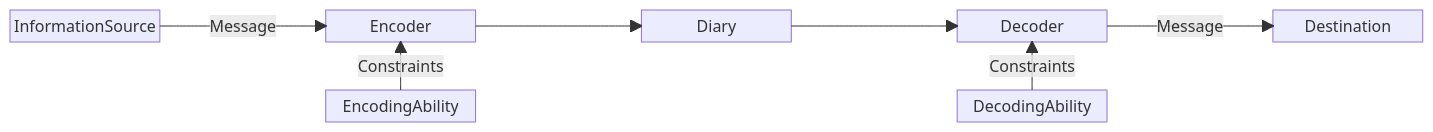
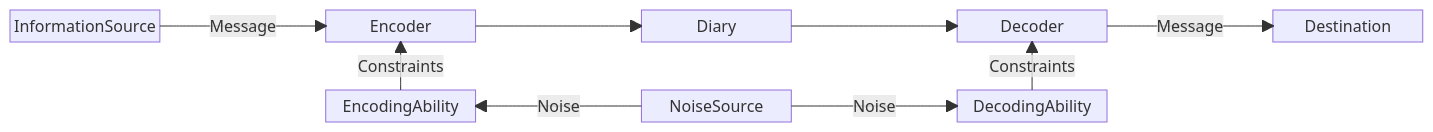
Before and after one commit to serioustomo/MadonoCommunicationProtocol: the diagram in README.md, drawn with Mermaid. The commit also changed other lines of this file, not shown here.

````diff
--- a/README.md
+++ b/README.md
@@ -23,17 +23,21 @@
 ```mermaid
 block-beta
 columns 9
   InformationSource space:1 Encoder space:1  Diary space:1 Decoder space:1 Destination
   space:9
   space:2
   EncodingAbility
-  space:3
+  space:1
+  NoiseSource
+  space:1
   DecodingAbility
   space:2
   InformationSource -- "Message" --> Encoder
   Encoder --> Diary
   Diary --> Decoder
   Decoder -- "Message" --> Destination
   EncodingAbility -- "Constraints" --> Encoder
   DecodingAbility -- "Constraints" --> Decoder
+  NoiseSource -- "Noise" --> EncodingAbility
+  NoiseSource -- "Noise" --> DecodingAbility
 ```
````
